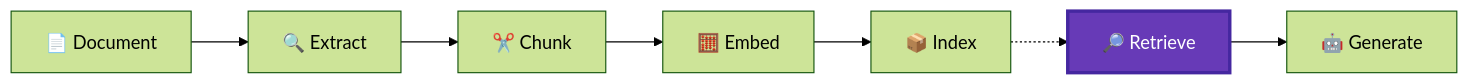
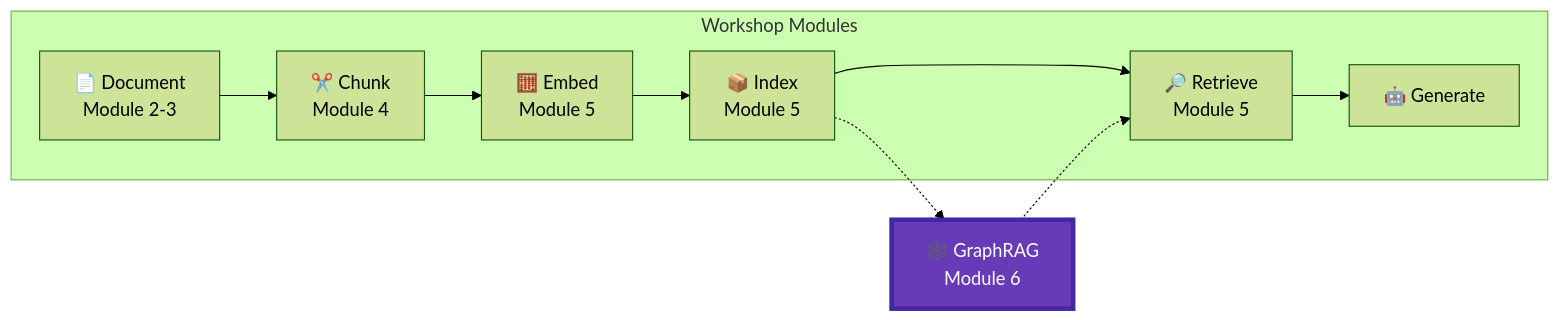
Before and after one commit to roie9876/RAG-WorkShop: the first of 2 diagrams in modules/module-6-graphrag/README.md, drawn with Mermaid (forest theme). The commit also changed other lines of this file and 2 other files, not shown here.

Commit message:
update module6

````diff
--- a/modules/module-6-graphrag/README.md
+++ b/modules/module-6-graphrag/README.md
@@ -5,11 +5,15 @@
 ```mermaid
 flowchart LR
-    DOC["📄 Document"] --> EXTRACT["🔍 Extract"]
-    EXTRACT --> CHUNK["✂️ Chunk"]
-    CHUNK --> EMBED["🧮 Embed"]
-    EMBED --> INDEX["📦 Index"]
-    INDEX -.-> RETRIEVE["🔎 Retrieve"]
-    RETRIEVE --> GENERATE["🤖 Generate"]
+    subgraph "Workshop Modules"
+        DOC["📄 Document<br/>Module 2-3"] --> CHUNK["✂️ Chunk<br/>Module 4"]
+        CHUNK --> EMBED["🧮 Embed<br/>Module 5"]
+        EMBED --> INDEX["📦 Index<br/>Module 5"]
+        INDEX --> RETRIEVE["🔎 Retrieve<br/>Module 5"]
+        RETRIEVE --> GENERATE["🤖 Generate"]
+    end
     
-    style RETRIEVE fill:#673ab7,stroke:#4527a0,stroke-width:3px,color:#fff
+    INDEX -.-> GRAPH["🕸️ GraphRAG<br/>Module 6"]
+    GRAPH -.-> RETRIEVE
+    
+    style GRAPH fill:#673ab7,stroke:#4527a0,stroke-width:4px,color:#fff
 ```
````
